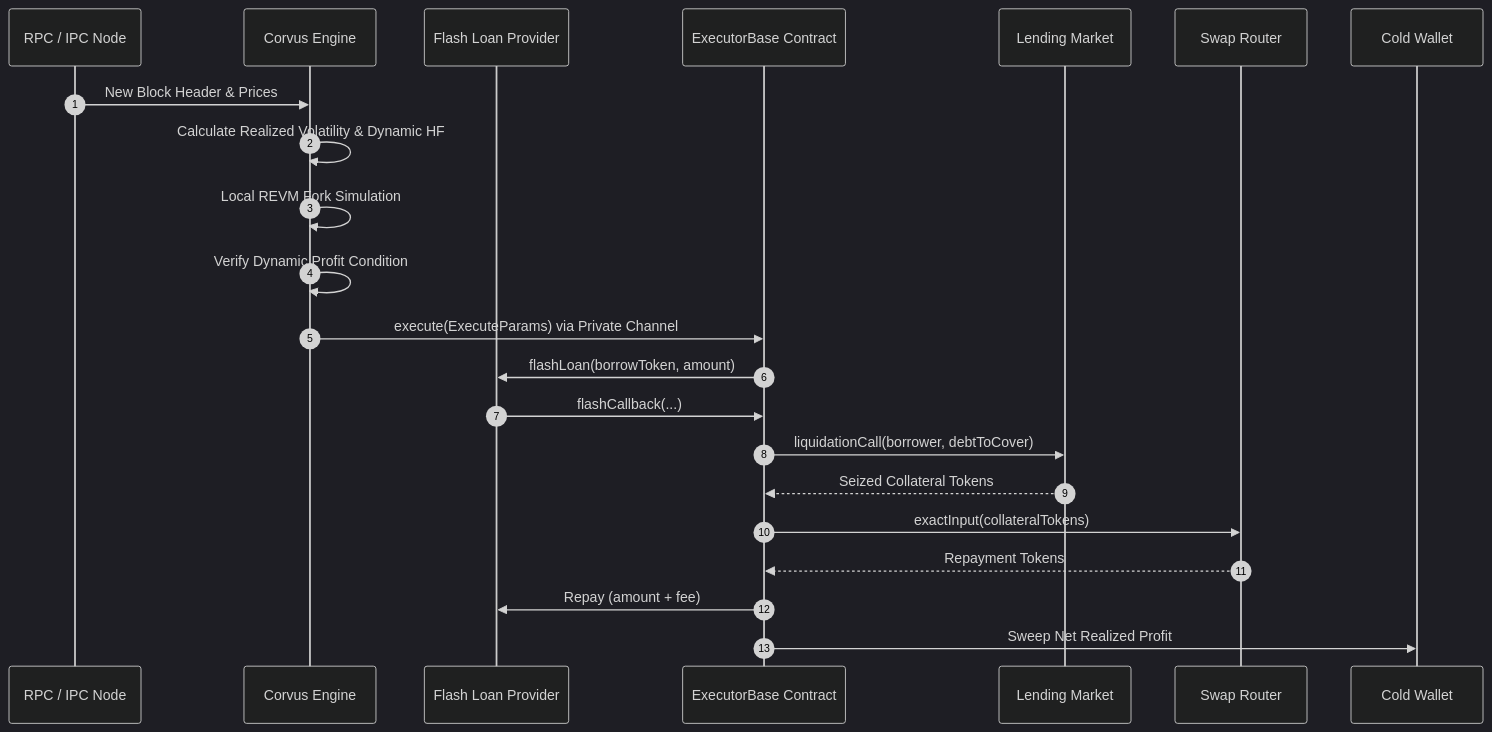
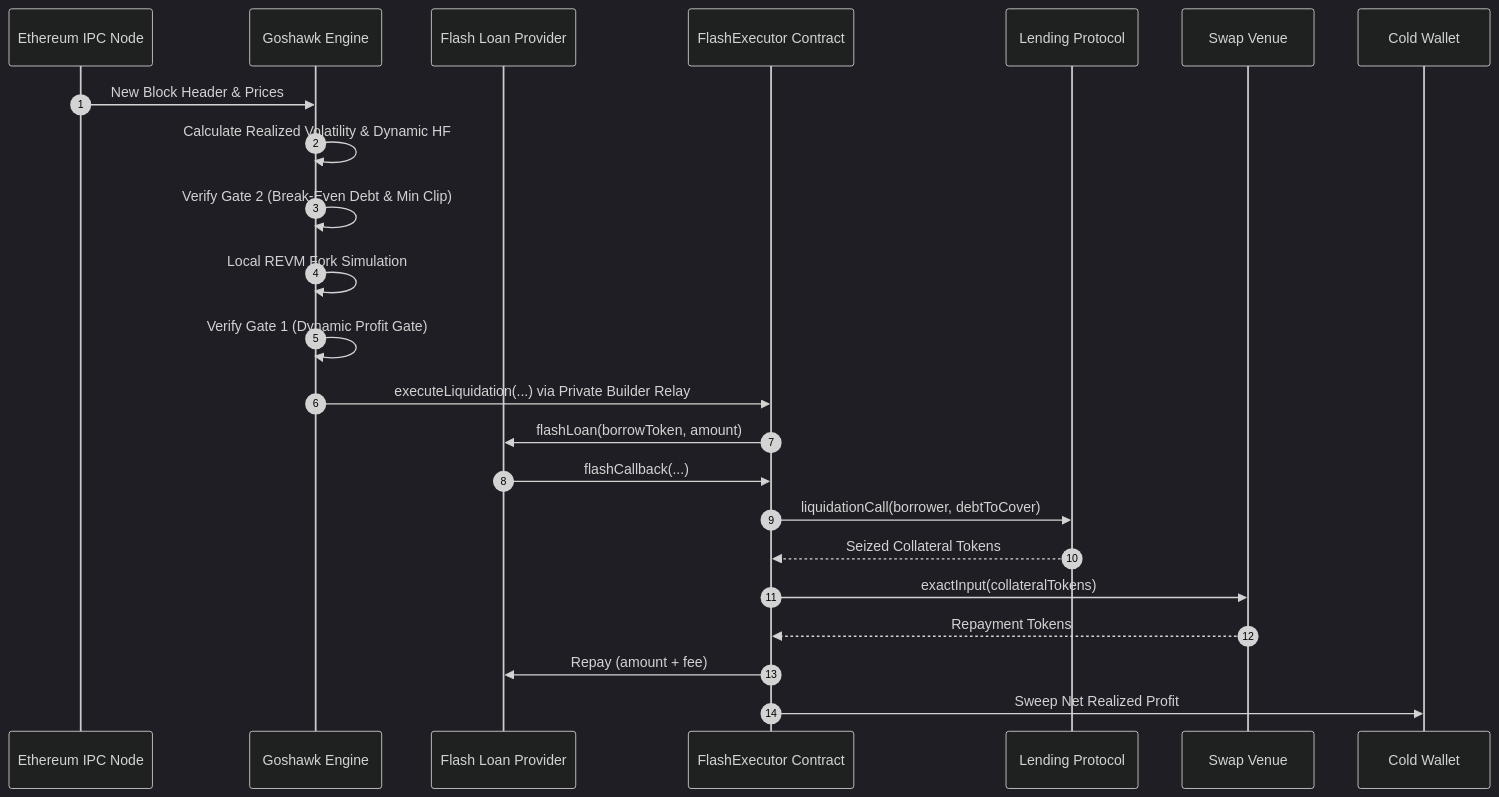
One commit to Xtley001/goshawk changed the diagram in docs/whitepaper.md. Above: the diagram before and after it, drawn with Mermaid (dark theme). The commit also changed other lines of this file and 26 other files, not shown here.

Commit message:
Step 12: Corvus to Goshawk rename and single-chain documentation rewrite

````diff
--- a/docs/whitepaper.md
+++ b/docs/whitepaper.md
@@ -32,25 +32,26 @@
 ```mermaid
 sequenceDiagram
     autonumber
-    participant Node as RPC / IPC Node
-    participant Bot as Corvus Engine
+    participant Node as Ethereum IPC Node
+    participant Bot as Goshawk Engine
     participant Flash as Flash Loan Provider
-    participant Exec as ExecutorBase Contract
-    participant Market as Lending Market
-    participant DEX as Swap Router
+    participant Exec as FlashExecutor Contract
+    participant Market as Lending Protocol
+    participant DEX as Swap Venue
     participant Cold as Cold Wallet
 
     Node->>Bot: New Block Header & Prices
     Bot->>Bot: Calculate Realized Volatility & Dynamic HF
+    Bot->>Bot: Verify Gate 2 (Break-Even Debt & Min Clip)
     Bot->>Bot: Local REVM Fork Simulation
-    Bot->>Bot: Verify Dynamic Profit Condition
-    Bot->>Exec: execute(ExecuteParams) via Private Channel
+    Bot->>Bot: Verify Gate 1 (Dynamic Profit Gate)
+    Bot->>Exec: executeLiquidation(...) via Private Builder Relay
     Exec->>Flash: flashLoan(borrowToken, amount)
     Flash->>Exec: flashCallback(...)
     Exec->>Market: liquidationCall(borrower, debtToCover)
     Market-->>Exec: Seized Collateral Tokens
     Exec->>DEX: exactInput(collateralTokens)
     DEX-->>Exec: Repayment Tokens
     Exec->>Flash: Repay (amount + fee)
     Exec->>Cold: Sweep Net Realized Profit
 ```
````
